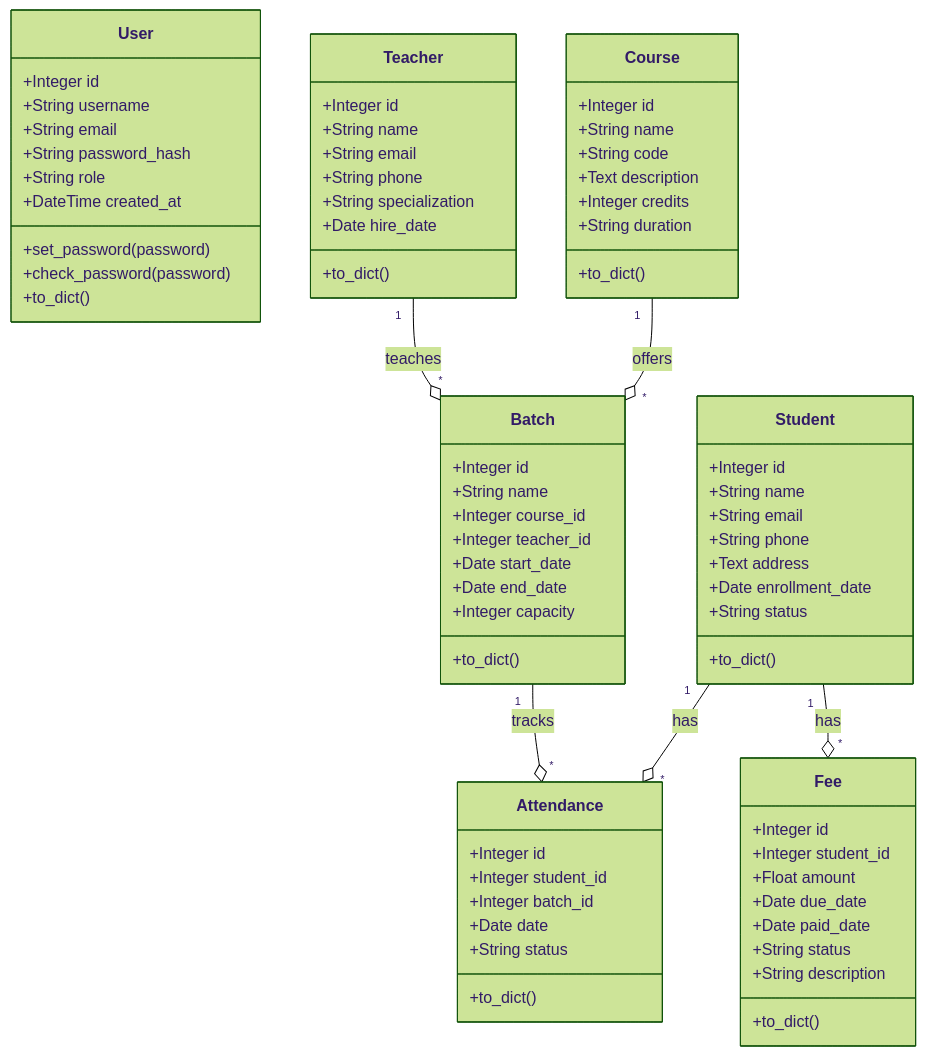
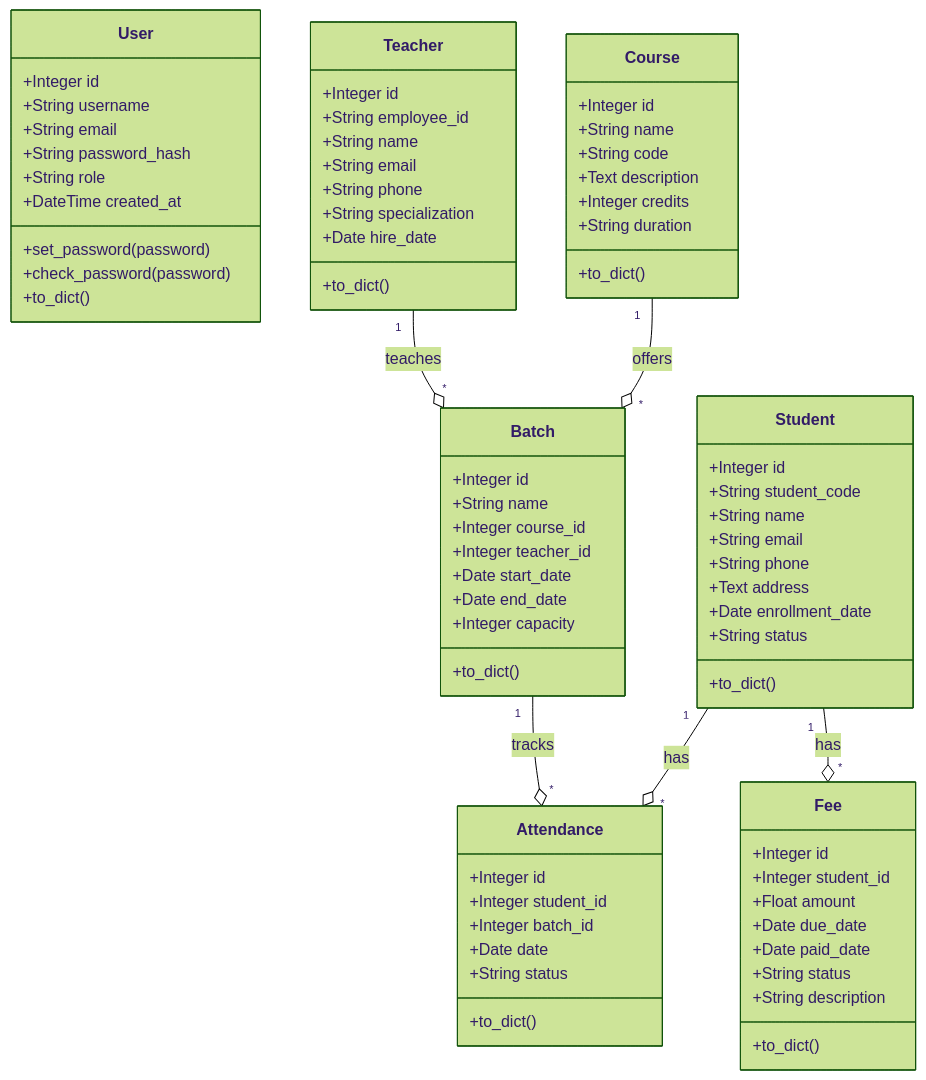
Before and after one commit to thecuriousjuel/OpenCampusPro: the second of 8 diagrams in diagrams.md, drawn with Mermaid (forest theme). The commit also changed 1 other file, not shown here.

Commit message:
Diagrams updated

```diff
--- a/diagrams.md
+++ b/diagrams.md
@@ -58,6 +58,7 @@
     
     class Student {
         +Integer id
+        +String student_code
         +String name
         +String email
         +String phone
@@ -69,6 +70,7 @@
     
     class Teacher {
         +Integer id
+        +String employee_id
         +String name
         +String email
         +String phone
```
